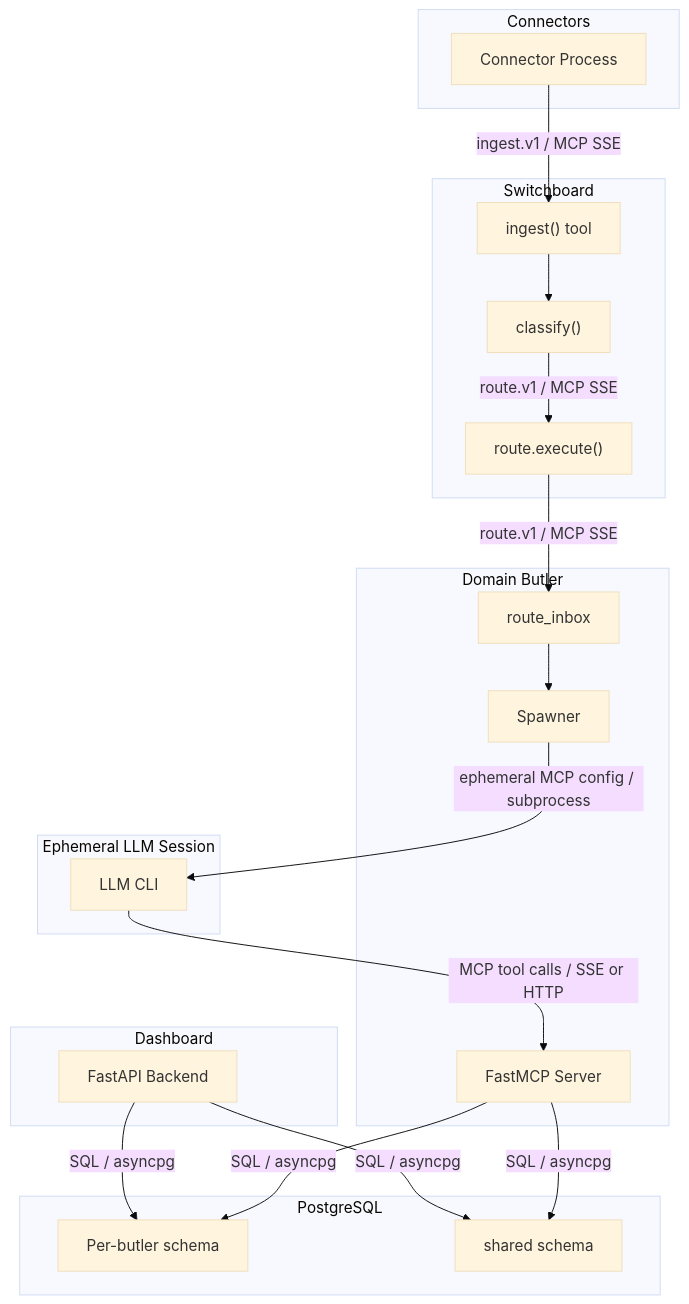
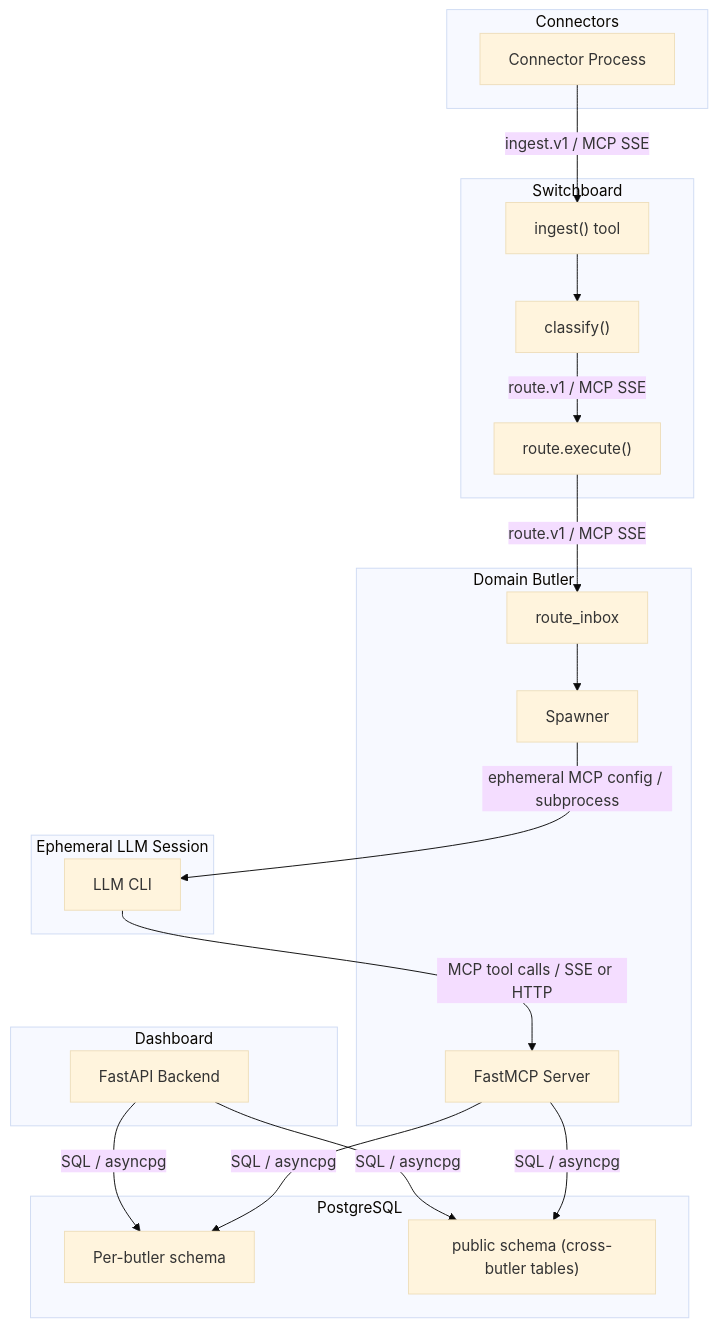
One commit to Tzeusy/butlers changed the diagram in about/lay-and-land/integration.md. Above: the diagram before and after it, drawn with Mermaid (base theme). The commit also changed 279 other files, not shown here.

````diff
--- a/about/lay-and-land/integration.md
+++ b/about/lay-and-land/integration.md
@@ -10,44 +10,44 @@
 ```mermaid
 graph TB
     subgraph Connectors
         C["Connector Process"]
     end
 
     subgraph Switchboard
         Ingest["ingest() tool"]
         Classify["classify()"]
         Route["route.execute()"]
     end
 
     subgraph DomainButler["Domain Butler"]
         RouteInbox["route_inbox"]
         Spawner["Spawner"]
         MCP["FastMCP Server"]
     end
 
     subgraph LLMSession["Ephemeral LLM Session"]
         CLI["LLM CLI"]
     end
 
     subgraph Dashboard
         FastAPI["FastAPI Backend"]
     end
 
     subgraph DB["PostgreSQL"]
         Schema["Per-butler schema"]
-        Shared["shared schema"]
+        Shared["public schema (cross-butler tables)"]
     end
 
     C -- "ingest.v1 / MCP SSE" --> Ingest
     Ingest --> Classify
     Classify -- "route.v1 / MCP SSE" --> Route
     Route -- "route.v1 / MCP SSE" --> RouteInbox
     RouteInbox --> Spawner
     Spawner -- "ephemeral MCP config / subprocess" --> CLI
     CLI -- "MCP tool calls / SSE or HTTP" --> MCP
 
     FastAPI -- "SQL / asyncpg" --> Schema
     FastAPI -- "SQL / asyncpg" --> Shared
     MCP -- "SQL / asyncpg" --> Schema
     MCP -- "SQL / asyncpg" --> Shared
 ```
````
